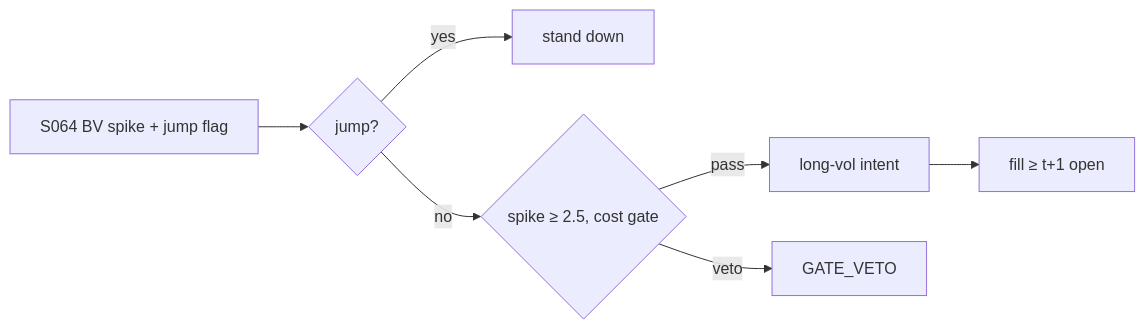
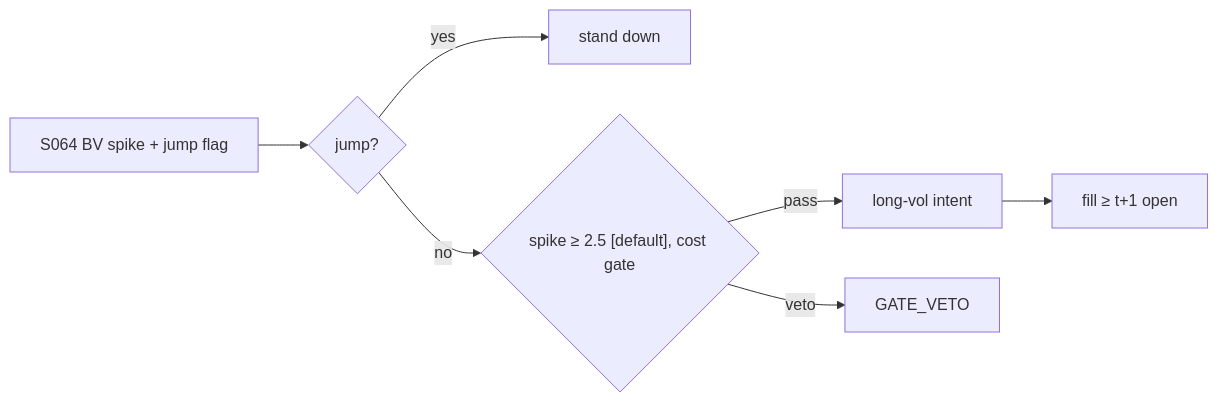
One commit to praveenguptahcl/quant-signals-deep changed the diagram in modules/strategies/T042.md. Above: the diagram before and after it, drawn with Mermaid. The commit also changed other lines of this file and 275 other files, not shown here.

````diff
--- a/modules/strategies/T042.md
+++ b/modules/strategies/T042.md
@@ -473,9 +546,9 @@
 ```mermaid
 flowchart LR
     SIG["S064 BV spike + jump flag"] --> J{"jump?"}
     J -->|yes| DROP["stand down"]
-    J -->|no| G{"spike ≥ 2.5, cost gate"}
+    J -->|no| G{"spike ≥ 2.5 [default], cost gate"}
     G -->|pass| VOL["long-vol intent"]
     G -->|veto| LOG["GATE_VETO"]
     VOL --> FILL["fill ≥ t+1 open"]
 ```
````
